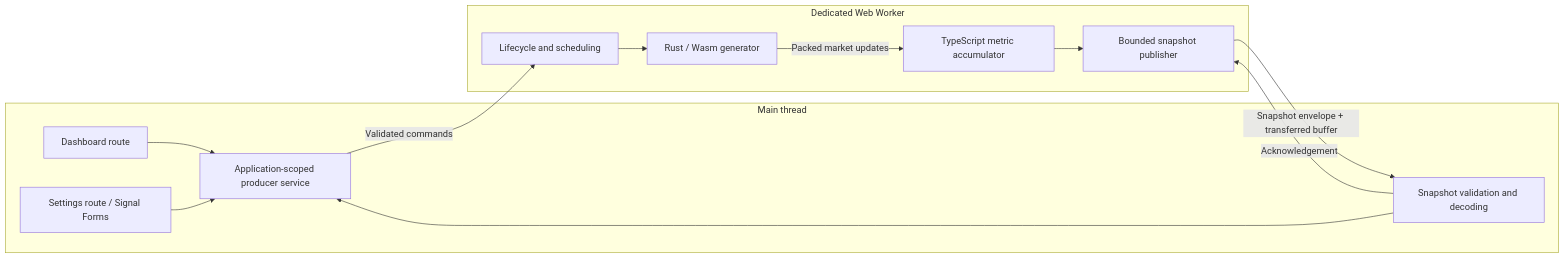
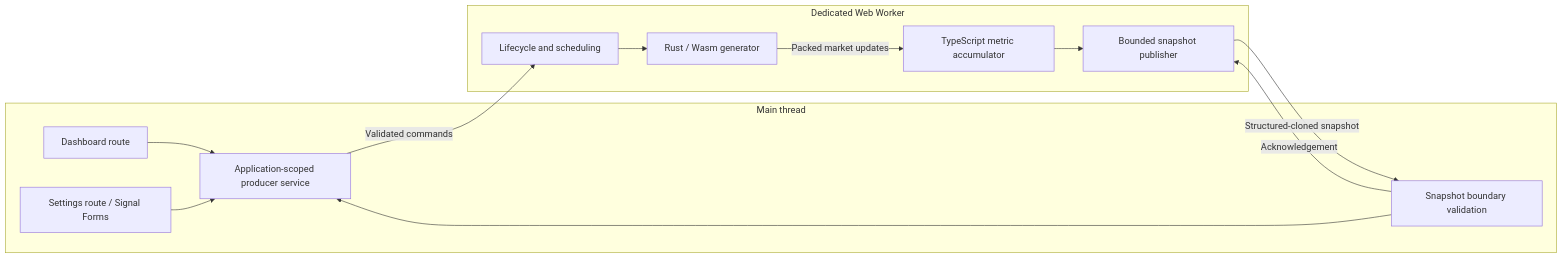
Before and after one commit to GorelovNA/trading-platform: the diagram in docs/task/high-level-design.md, drawn with Mermaid. The commit also changed other lines of this file and 20 other files, not shown here.

````diff
--- a/docs/task/high-level-design.md
+++ b/docs/task/high-level-design.md
@@ -37,24 +42,24 @@
 ```mermaid
 flowchart LR
   subgraph Main[Main thread]
     Dashboard[Dashboard route]
     Settings[Settings route / Signal Forms]
     Facade[Application-scoped producer service]
-    Decoder[Snapshot validation and decoding]
+    Validator[Snapshot boundary validation]
     Dashboard --> Facade
     Settings --> Facade
-    Decoder --> Facade
+    Validator --> Facade
   end
   subgraph Worker[Dedicated Web Worker]
     Controller[Lifecycle and scheduling]
     Generator[Rust / Wasm generator]
     Aggregator[TypeScript metric accumulator]
     Publisher[Bounded snapshot publisher]
     Controller --> Generator
     Generator -->|Packed market updates| Aggregator
     Aggregator --> Publisher
   end
   Facade -->|Validated commands| Controller
-  Publisher -->|Snapshot envelope + transferred buffer| Decoder
-  Decoder -->|Acknowledgement| Publisher
+  Publisher -->|Structured-cloned snapshot| Validator
+  Validator -->|Acknowledgement| Publisher
 ```
````
